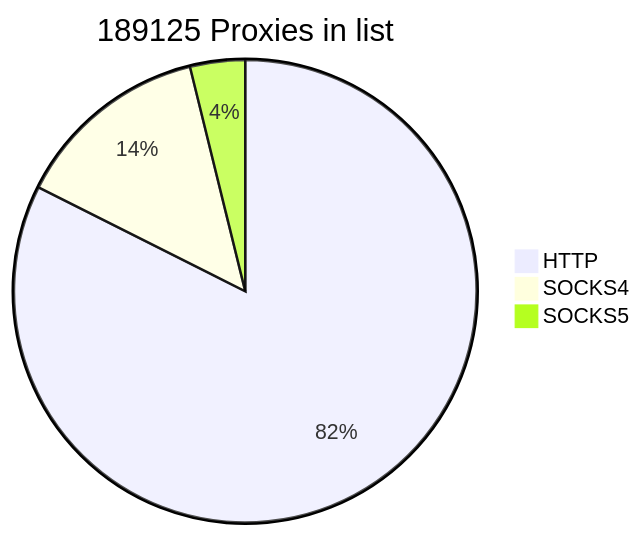
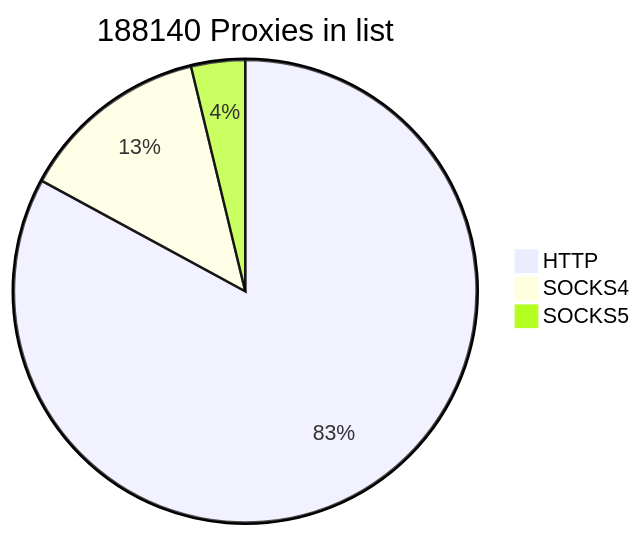
Before and after one commit to cutipu/proxylist: the first of 2 diagrams in README.md, drawn with Mermaid. The commit also changed other lines of this file, not shown here.

````diff
--- a/README.md
+++ b/README.md
@@ -2,7 +2,7 @@
 ```mermaid
-pie title 189125 Proxies in list
-    "HTTP" : 155866
-    "SOCKS4" : 25993
-    "SOCKS5" : 7266
+pie title 188140 Proxies in list
+    "HTTP" : 155994
+    "SOCKS4" : 25056
+    "SOCKS5" : 7090
             
 ```
````
